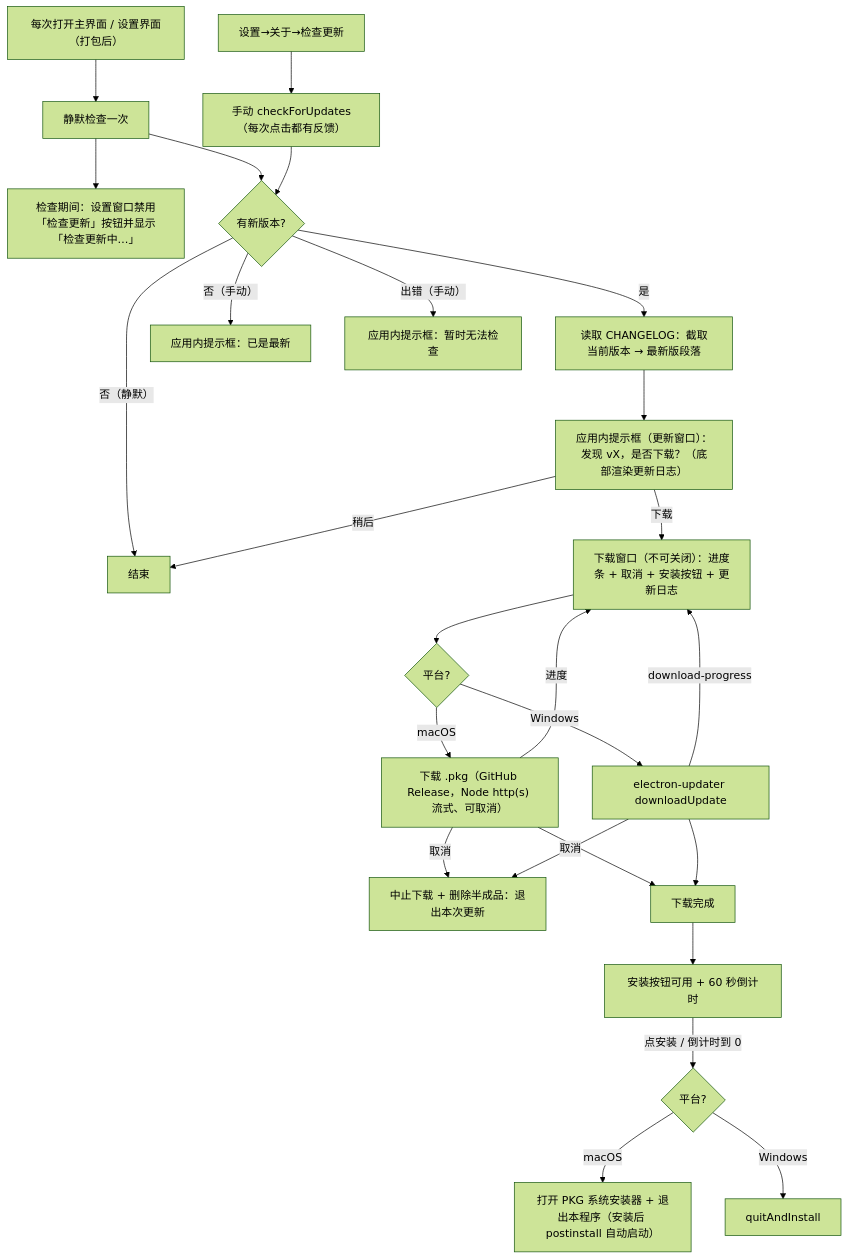
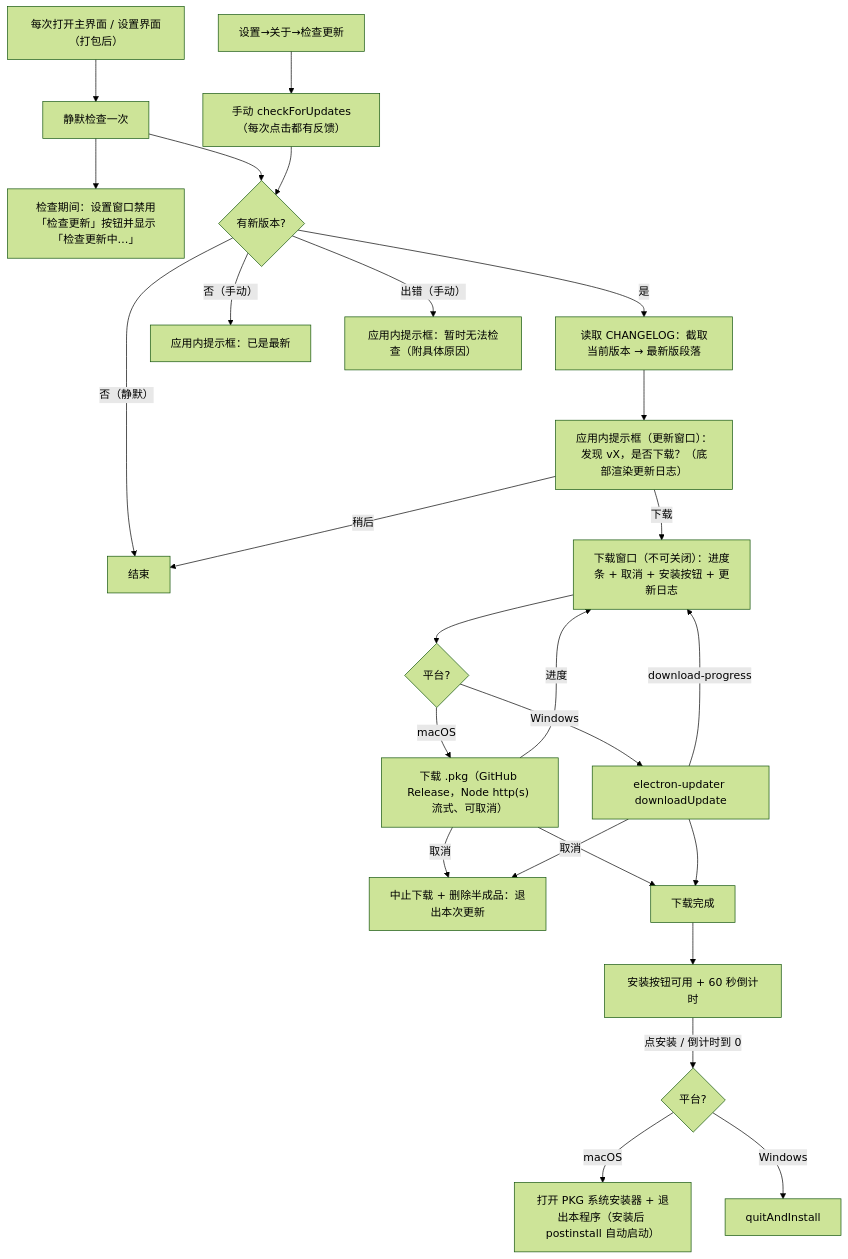
Before and after one commit to o8x/vessel: the sixth of 6 diagrams in docs/prd/06-flowcharts.md, drawn with Mermaid (forest theme). The commit also changed 7 other files, not shown here.

````diff
--- a/docs/prd/06-flowcharts.md
+++ b/docs/prd/06-flowcharts.md
@@ -105,28 +105,28 @@
 ```mermaid
 flowchart TD
   A["每次打开主界面 / 设置界面（打包后）"] --> B["静默检查一次"]
   B --> B2["检查期间：设置窗口禁用「检查更新」按钮并显示「检查更新中…」"]
   J[设置→关于→检查更新] --> K["手动 checkForUpdates（每次点击都有反馈）"]
   B --> C{有新版本?}
   K --> C
   C -- 是 --> R["读取 CHANGELOG：截取当前版本 → 最新版段落"]
   R --> D["应用内提示框（更新窗口）：发现 vX，是否下载？（底部渲染更新日志）"]
   C -- 否（手动） --> N[应用内提示框：已是最新]
   C -- 否（静默） --> Z[结束]
-  C -- 出错（手动） --> E[应用内提示框：暂时无法检查]
+  C -- 出错（手动） --> E[应用内提示框：暂时无法检查（附具体原因）]
   D -- 稍后 --> Z
   D -- 下载 --> W["下载窗口（不可关闭）：进度条 + 取消 + 安装按钮 + 更新日志"]
   W --> F{平台?}
   F -- "macOS" --> F1["下载 .pkg（GitHub Release，Node http(s) 流式、可取消）"]
   F -- "Windows" --> F2["electron-updater downloadUpdate"]
   F1 -- 进度 --> W
   F2 -- download-progress --> W
   F1 -- 取消 --> X[中止下载 + 删除半成品：退出本次更新]
   F2 -- 取消 --> X
   F1 --> G[下载完成]
   F2 --> G
   G --> H["安装按钮可用 + 60 秒倒计时"]
   H -- "点安装 / 倒计时到 0" --> I{平台?}
   I -- "macOS" --> I1["打开 PKG 系统安装器 + 退出本程序（安装后 postinstall 自动启动）"]
   I -- "Windows" --> I2[quitAndInstall]
 ```
````
